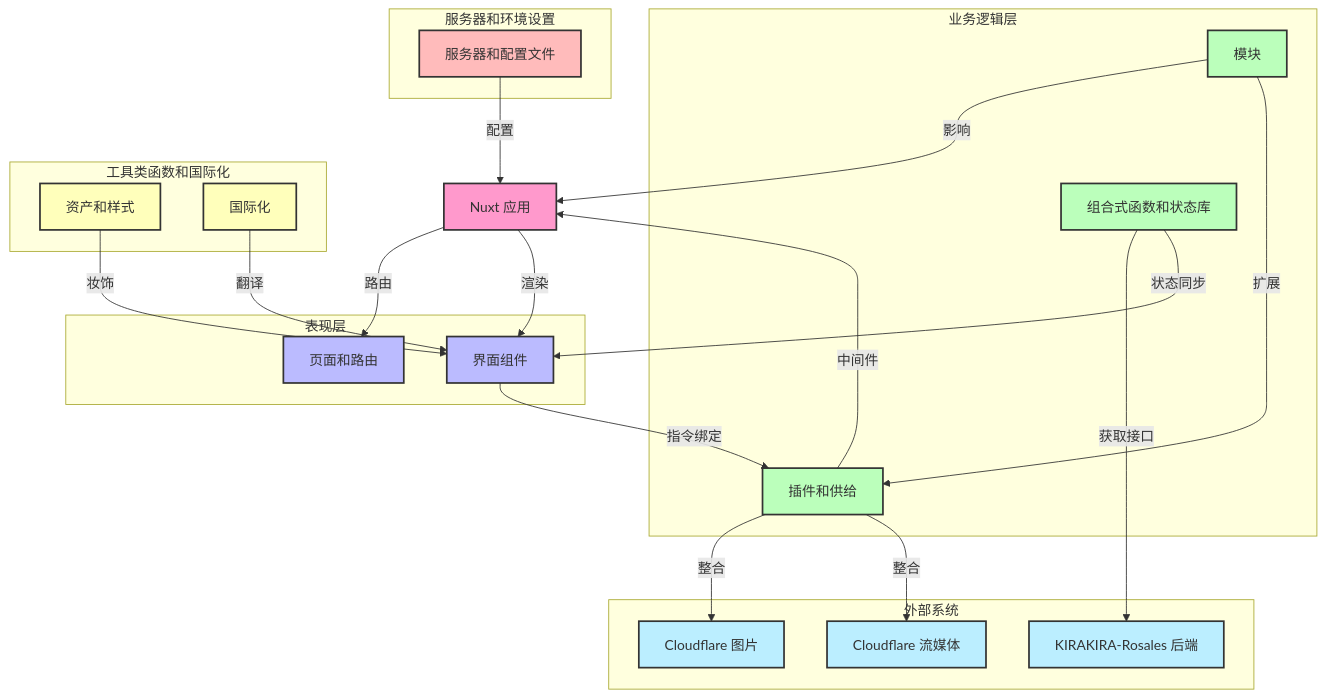
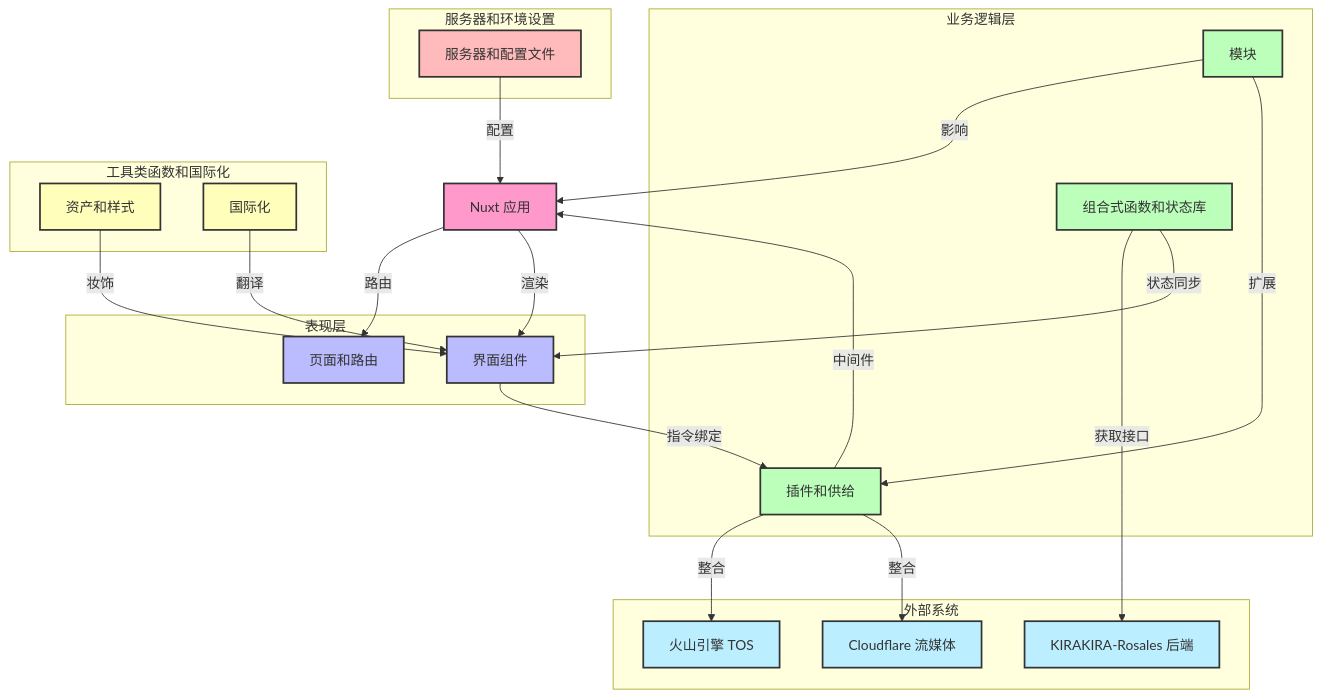
The diagram in README.md (KIRAKIRA-DOUGA/KIRAKIRA-Cerasus), drawn with Mermaid before and after one commit. The commit also changed other lines of this file and 14 other files, not shown here.

Commit message:
feat: migrate image provider from Cloudflare to TOS

````diff
--- a/README.md
+++ b/README.md
@@ -40,79 +40,79 @@
 ```mermaid
 
 flowchart TD
     %% 核心应用
     NuxtApp["Nuxt 应用"]:::frontend
 
     %% 表现层
     subgraph "表现层"
         Pages["页面和路由"]:::presentation
         UIComponents["界面组件"]:::presentation
     end
 
     %% 业务逻辑层
     subgraph "业务逻辑层"
         ComposablesStores["组合式函数和状态库"]:::business
         Modules["模块"]:::business
         PluginsProviders["插件和供给"]:::business
     end
 
     %% 工具类函数和国际化
     subgraph "工具类函数和国际化"
         AssetsStyling["资产和样式"]:::utilities
         Internationalization["国际化"]:::utilities
     end
 
     %% 服务器和环境设置
     subgraph "服务器和环境设置"
         ServerEnv["服务器和配置文件"]:::server
     end
 
     %% 外部系统
     subgraph "外部系统"
         Backend["KIRAKIRA-Rosales 后端"]:::external
-        CloudflareImages["Cloudflare 图片"]:::external
+        TOSImages["火山引擎 TOS"]:::external
         CloudflareStream["Cloudflare 流媒体"]:::external
     end
 
     %% Connections between layers
     NuxtApp -->|"路由"| Pages
     NuxtApp -->|"渲染"| UIComponents
     Modules -->|"影响"| NuxtApp
     PluginsProviders -->|"中间件"| NuxtApp
     ComposablesStores -->|"获取接口"| Backend
-    PluginsProviders -->|"整合"| CloudflareImages
+    PluginsProviders -->|"整合"| TOSImages
     PluginsProviders -->|"整合"| CloudflareStream
     UIComponents -->|"指令绑定"| PluginsProviders
     AssetsStyling -->|"妆饰"| UIComponents
     Internationalization -->|"翻译"| UIComponents
     ComposablesStores -->|"状态同步"| UIComponents
     Modules -->|"扩展"| PluginsProviders
     ServerEnv -->|"配置"| NuxtApp
 
     %% Class definitions with colors
     classDef frontend fill:#f9c,stroke:#333,stroke-width:2px;
     classDef presentation fill:#bbf,stroke:#333,stroke-width:2px;
     classDef business fill:#bfb,stroke:#333,stroke-width:2px;
     classDef utilities fill:#ffb,stroke:#333,stroke-width:2px;
     classDef server fill:#fbb,stroke:#333,stroke-width:2px;
     classDef external fill:#bef,stroke:#333,stroke-width:2px;
 
     %% Click Events
     click NuxtApp "https://github.com/kirakira-douga/kirakira-cerasus/blob/develop/nuxt.config.ts"
     click NuxtApp "https://github.com/kirakira-douga/kirakira-cerasus/blob/develop/app.vue"
     click Pages "https://github.com/kirakira-douga/kirakira-cerasus/tree/develop/pages"
     click UIComponents "https://github.com/kirakira-douga/kirakira-cerasus/tree/develop/components"
     click Modules "https://github.com/kirakira-douga/kirakira-cerasus/tree/develop/modules"
     click ComposablesStores "https://github.com/kirakira-douga/kirakira-cerasus/tree/develop/composables"
     click ComposablesStores "https://github.com/kirakira-douga/kirakira-cerasus/blob/develop/stores/app-settings.ts"
     click AssetsStyling "https://github.com/kirakira-douga/kirakira-cerasus/tree/develop/assets"
     click AssetsStyling "https://github.com/kirakira-douga/kirakira-cerasus/tree/develop/helpers"
     click AssetsStyling "https://github.com/kirakira-douga/kirakira-cerasus/tree/develop/utils"
     click PluginsProviders "https://github.com/kirakira-douga/kirakira-cerasus/tree/develop/plugins"
     click PluginsProviders "https://github.com/kirakira-douga/kirakira-cerasus/tree/develop/providers/nuxt-image"
     click Internationalization "https://github.com/kirakira-douga/kirakira-cerasus/tree/develop/locales"
     click ServerEnv "https://github.com/kirakira-douga/kirakira-cerasus/tree/develop/server"
     click ServerEnv "https://github.com/kirakira-douga/kirakira-cerasus/blob/develop/tsconfig.json"
     click ServerEnv "https://github.com/kirakira-douga/kirakira-cerasus/blob/develop/.npmrc"
     click ServerEnv "https://github.com/kirakira-douga/kirakira-cerasus/blob/develop/pnpm-lock.yaml"
 ```
````
